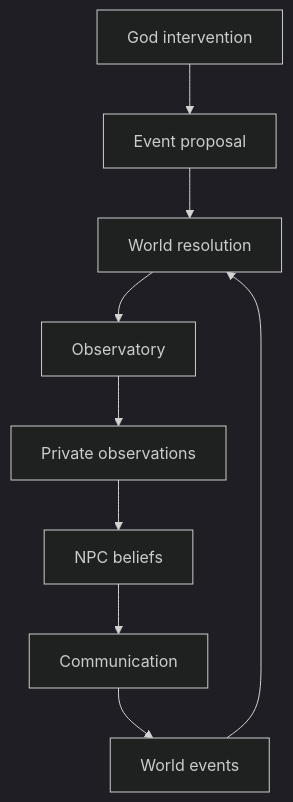
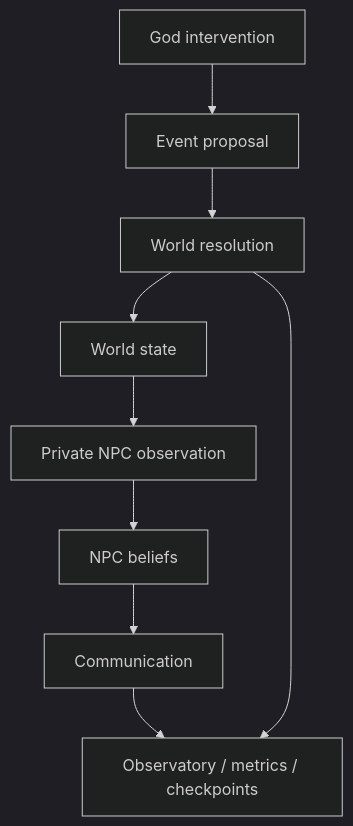
One commit to faizdevx/tinyworld changed the diagram in README.md. Above: the diagram before and after it, drawn with Mermaid (dark theme). The commit also changed other lines of this file and 7 other files, not shown here.

````diff
--- a/README.md
+++ b/README.md
@@ -16,13 +17,11 @@
 ```mermaid
 flowchart TD
-    A[God intervention]
-    B[Event proposal]
-    C[World resolution]
-    D[Observatory]
-    E[Private observations]
-    F[NPC beliefs]
-    G[Communication]
-    H[World events]
-
-    A --> B --> C --> D --> E --> F --> G --> H --> C
+    A[God intervention] --> B[Event proposal]
+    B --> C[World resolution]
+    C --> D[World state]
+    D --> E[Private NPC observation]
+    E --> F[NPC beliefs]
+    F --> G[Communication]
+    G --> H[Observatory / metrics / checkpoints]
+    C --> H
 ```
````
